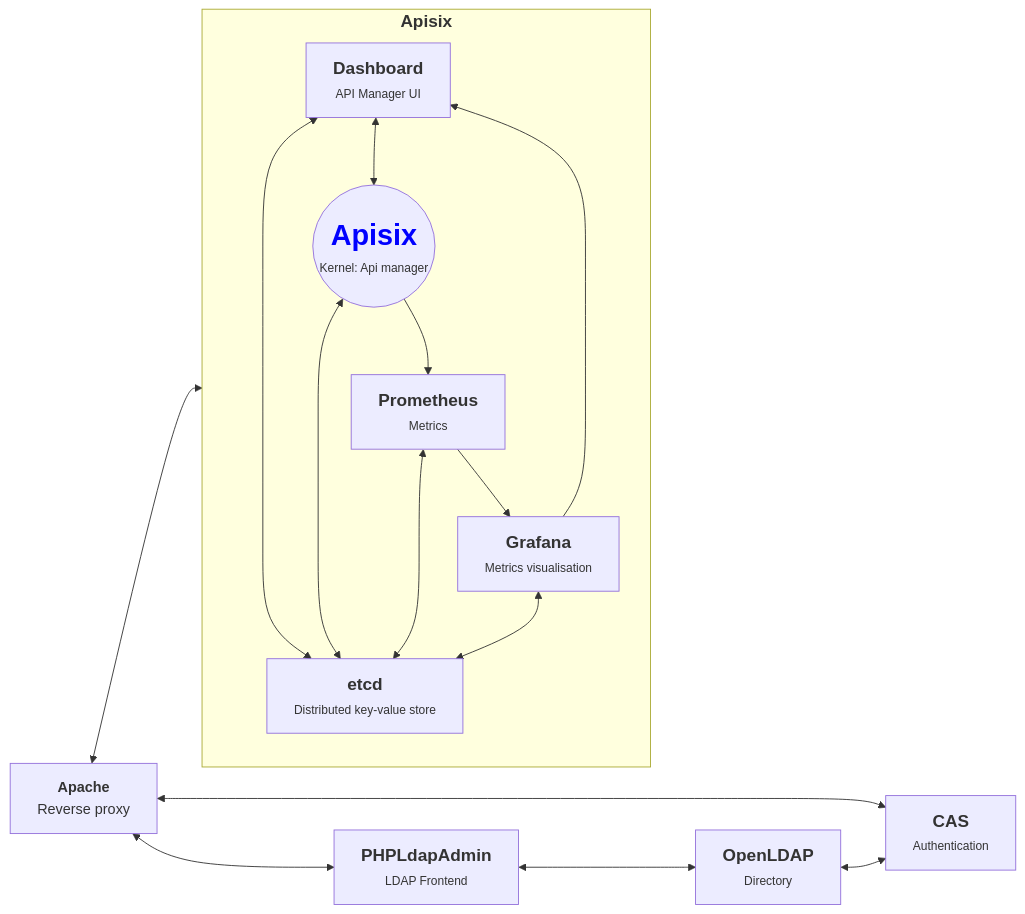
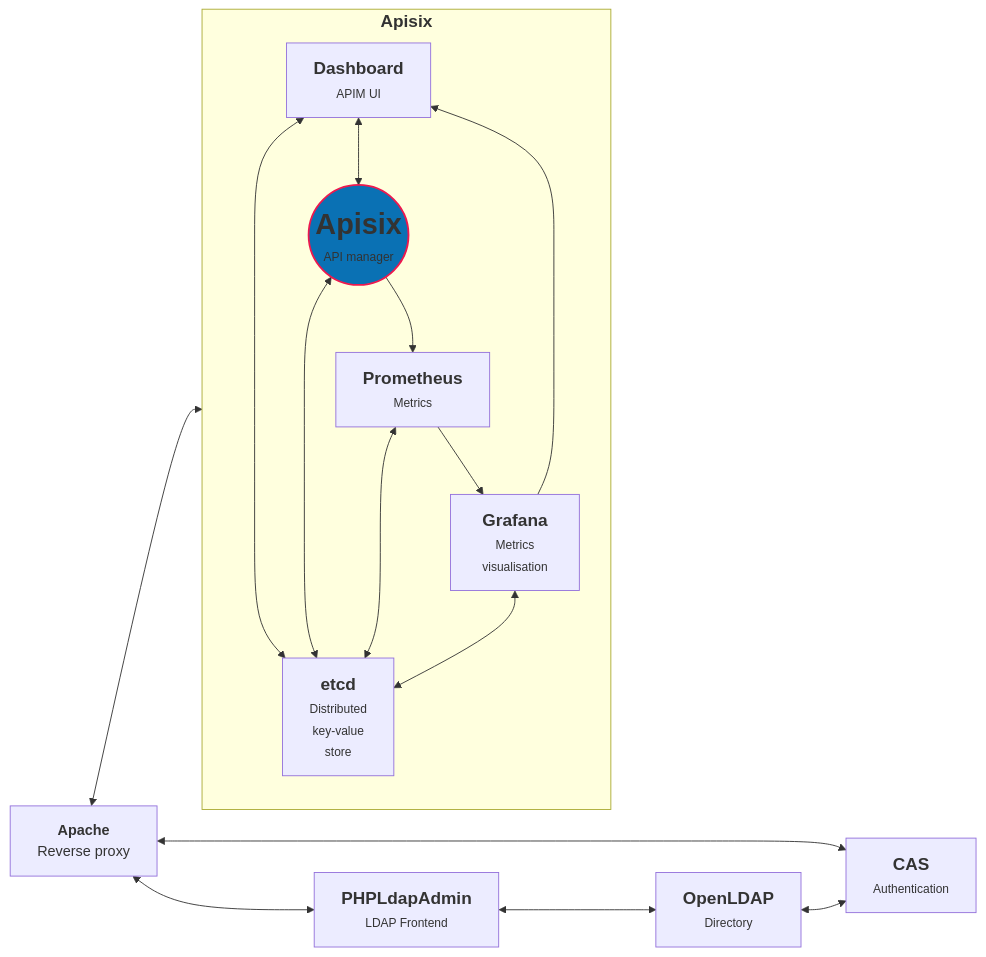
Before and after one commit to avenirs-esr/srv-dev: the diagram in README.md, drawn with Mermaid. The commit also changed other lines of this file, not shown here.

````diff
--- a/README.md
+++ b/README.md
@@ -14,29 +16,31 @@
 ```mermaid
 graph LR;
 subgraph apisix["<big><strong>Apisix<br/></strong></big>"]
-  a_etcd["<big><strong>etcd</strong></big><br/><small>Distributed key-value store</small>"] 
-  a_ui["<big><strong>Dashboard</strong></big><br/><small>API Manager UI<small>"] <--> a_etcd
-  a_grafana["<big><strong>Grafana</strong></big><br/><small>Metrics visualisation</small>"] <--> a_etcd
+  a_etcd["<big><strong>etcd</strong></big><br/><small>Distributed<br/>key-value<br/>store</small>"] 
+  a_ui["<big><strong>Dashboard</strong></big><br/><small>APIM UI<small>"] <--> a_etcd
+  a_grafana["<big><strong>&nbsp;Grafana&nbsp;</strong></big><br/><small>Metrics<br/>visualisation</small>"] <--> a_etcd
   a_prometheus["<big><strong>Prometheus</strong></big><br/><small>Metrics</small>"] <--> a_etcd
-  a_core(("<big><strong><font color=blue size=6em>Apisix</font></strong></big><br/><small>Kernel: Api manager</small>")) <--> a_etcd
+  a_core(("<big><strong><font size=6em>Apisix</font></strong></big><br/><small>API manager</small>")) <--> a_etcd
 
   a_grafana --> a_ui
   a_prometheus --> a_grafana
   a_ui <--> a_core -->a_prometheus
 
 
 end 
 
 apache["<strong>Apache</strong><br/>Reverse proxy</strong>"] 
-cas["<big><strong>CAS</strong></big><br/><small>Authentication</small>"] 
+cas["<big ><strong>CAS</strong></big><br/><small>Authentication</small>"] 
 openldap["<big><strong>OpenLDAP</strong></big><br/><small>Directory</small>"] 
 phpldapadmin["<big><strong>PHPLdapAdmin</strong></big><br/><small>LDAP Frontend</small>"] 
 
 
 apache  <--> apisix
 apache <--> cas 
 apache <--> phpldapadmin
 openldap <--> cas
 phpldapadmin <--> openldap
+classDef main fill:#0a71b4,stroke:#ed184e,stroke-width:2px, min-width:2000px
+class a_core main
 
 ```
````
